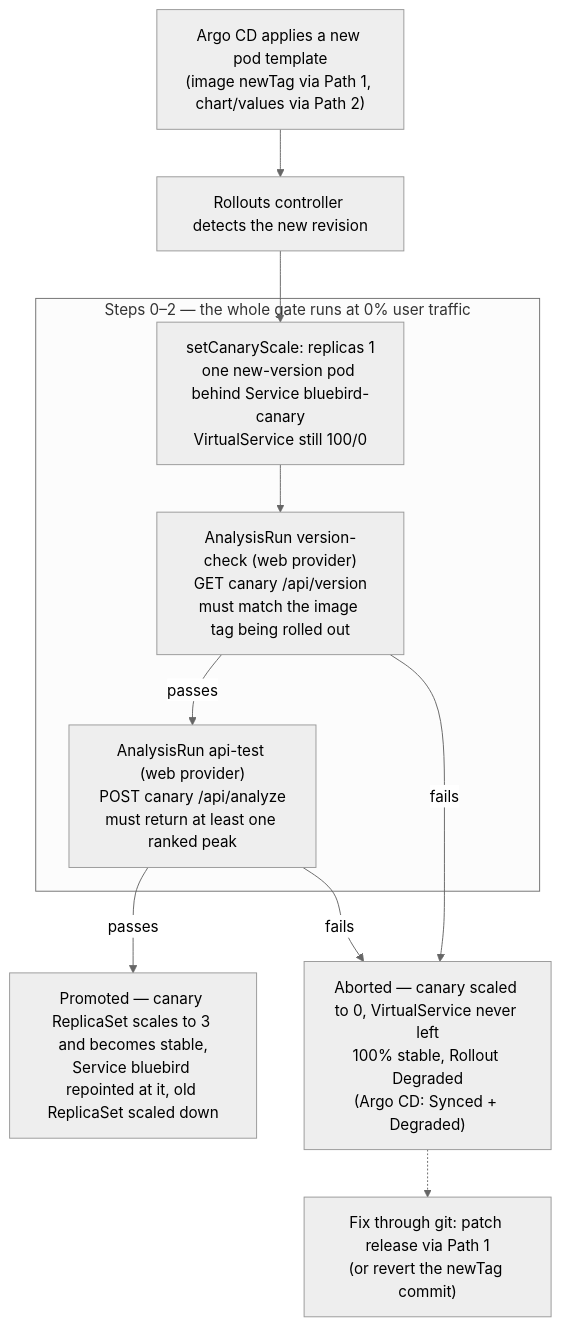
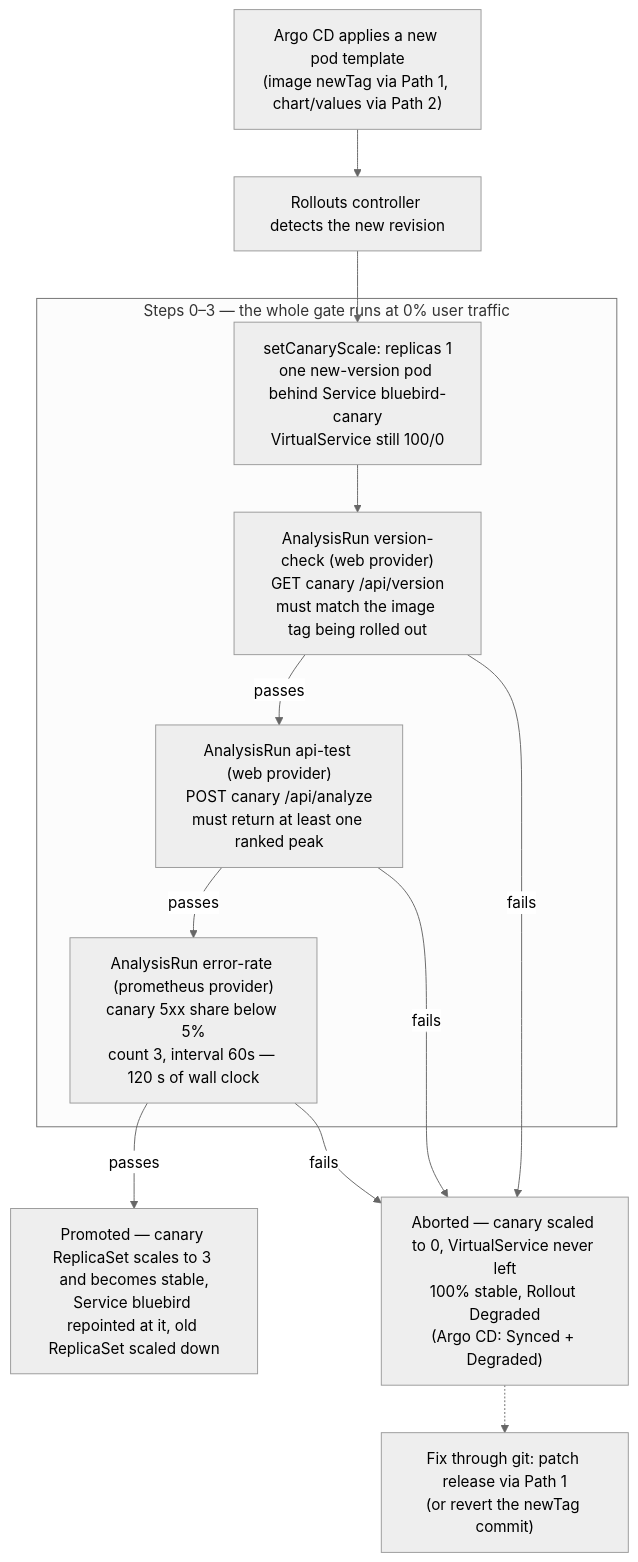
One commit to zimmertr/bluebird changed the third of 6 diagrams in docs/CICD.md. Above: the diagram before and after it, drawn with Mermaid (neutral theme). The commit also changed other lines of this file and 4 other files, not shown here.

````diff
--- a/docs/CICD.md
+++ b/docs/CICD.md
@@ -329,22 +344,25 @@
 ```mermaid
 flowchart TD
     apply["Argo CD applies a new pod template<br/>(image newTag via Path 1, chart/values via Path 2)"]
     detect["Rollouts controller detects the new revision"]
 
-    subgraph GATE["Steps 0–2 — the whole gate runs at 0% user traffic"]
+    subgraph GATE["Steps 0–3 — the whole gate runs at 0% user traffic"]
         scale["setCanaryScale: replicas 1<br/>one new-version pod behind Service bluebird-canary<br/>VirtualService still 100/0"]
         vc["AnalysisRun version-check (web provider)<br/>GET canary /api/version<br/>must match the image tag being rolled out"]
         at["AnalysisRun api-test (web provider)<br/>POST canary /api/analyze<br/>must return at least one ranked peak"]
+        er["AnalysisRun error-rate (prometheus provider)<br/>canary 5xx share below 5%<br/>count 3, interval 60s — 120 s of wall clock"]
     end
 
     done["Promoted — canary ReplicaSet scales to 3 and becomes stable,<br/>Service bluebird repointed at it, old ReplicaSet scaled down"]
     abort["Aborted — canary scaled to 0, VirtualService never left<br/>100% stable, Rollout Degraded<br/>(Argo CD: Synced + Degraded)"]
     fix["Fix through git: patch release via Path 1<br/>(or revert the newTag commit)"]
 
     apply --> detect --> scale --> vc
     vc -->|"passes"| at
-    at -->|"passes"| done
+    at -->|"passes"| er
+    er -->|"passes"| done
     vc -->|"fails"| abort
     at -->|"fails"| abort
+    er -->|"fails"| abort
     abort -.-> fix
 ```
````
